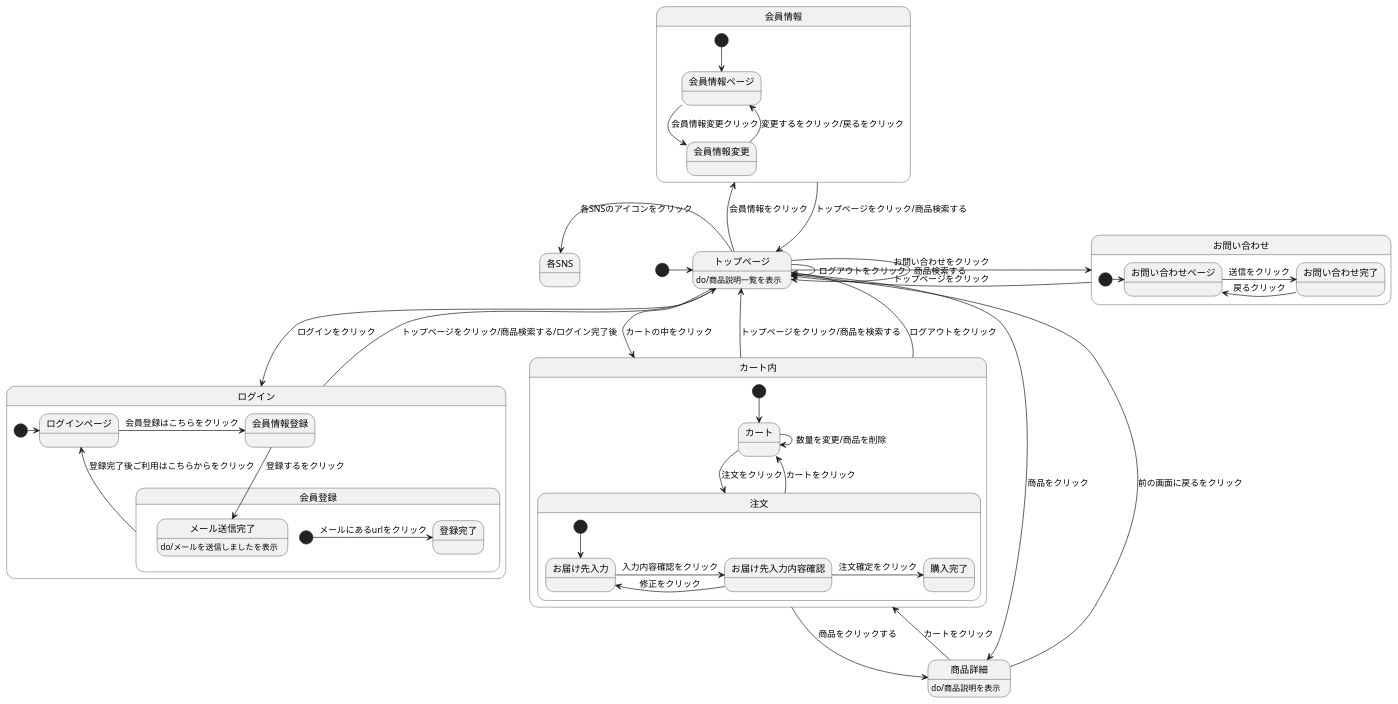
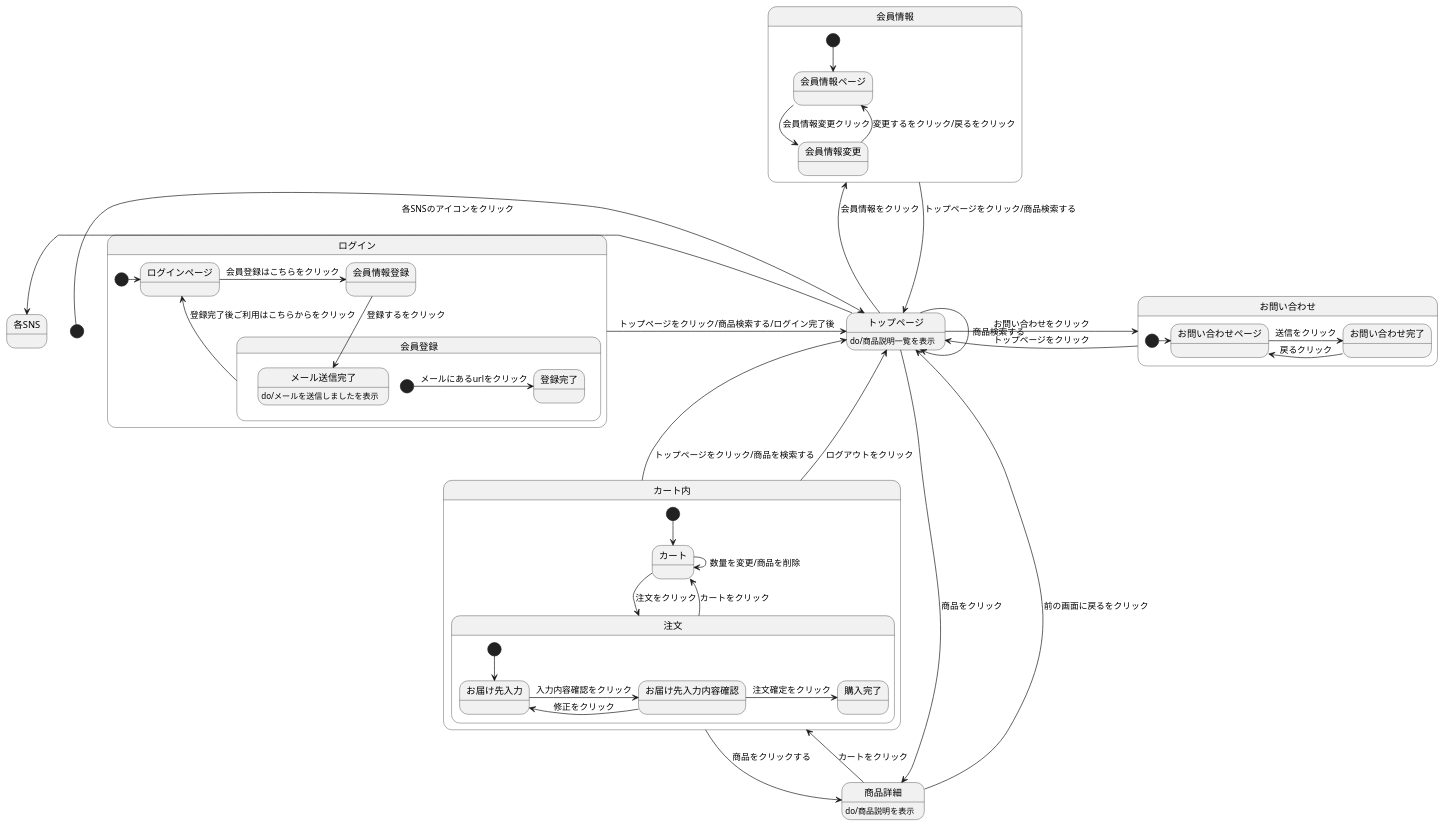
One commit to aso2112233/2021sys-design changed the diagram in ryusyo.md. Above: the diagram before and after it, drawn with PlantUML.

````diff
--- a/ryusyo.md
+++ b/ryusyo.md
@@ -1,84 +1,81 @@
 ```uml
 @startuml
 
 
 
 [*] -> トップページ
-トップページ --> トップページ : ログアウトをクリック
 トップページ --> トップページ : 商品検索する
 トップページ --> 商品詳細 : 商品をクリック
 トップページ -up-> 会員情報 : 会員情報をクリック
-トップページ --> ログイン : ログインをクリック
-トップページ --> カート内 : カートの中をクリック
 トップページ:do/商品説明一覧を表示
 トップページ -left-> 各SNS : 各SNSのアイコンをクリック
 トップページ -> お問い合わせ :お問い合わせをクリック
 
 
 
 state 会員情報{
 [*] --> 会員情報ページ
 会員情報ページ --> 会員情報変更 : 会員情報変更クリック
 会員情報変更 -up-> 会員情報ページ: 変更するをクリック/戻るをクリック
 }
 会員情報 --> トップページ : トップページをクリック/商品検索する
 
 
 
 
 
 商品詳細 --> カート内 : カートをクリック
 商品詳細 --> トップページ : 前の画面に戻るをクリック
 商品詳細:do/商品説明を表示
 
 
 
 state カート内{
 [*] --> カート
 カート -> 注文 : 注文をクリック
 カート -> カート : 数量を変更/商品を削除
 注文 --> カート : カートをクリック
 state 注文{
 [*] --> お届け先入力
 お届け先入力 -> お届け先入力内容確認 : 入力内容確認をクリック
 お届け先入力内容確認 -> お届け先入力 : 修正をクリック
 お届け先入力内容確認 -> 購入完了 : 注文確定をクリック
 }
 }
 カート内 -up-> トップページ : トップページをクリック/商品を検索する
 カート内 -up-> トップページ : ログアウトをクリック
 カート内 -> 商品詳細 : 商品をクリックする
 
 
 
 
 state ログイン{
 [*]->ログインページ
 ログインページ -> 会員情報登録 : 会員登録はこちらをクリック
 state 会員登録{
 会員情報登録 --> メール送信完了 : 登録するをクリック
 メール送信完了 :do/メールを送信しましたを表示
 [*] -> 登録完了 : メールにあるurlをクリック
 会員登録 --> ログインページ : 登録完了後ご利用はこちらからをクリック
 }
 }
 ログイン -> トップページ : トップページをクリック/商品検索する/ログイン完了後
 
 
 
 state お問い合わせ{
 [*] -> お問い合わせページ
 お問い合わせページ -> お問い合わせ完了 :送信をクリック
 お問い合わせ完了 -left-> お問い合わせページ : 戻るクリック
 }
 お問い合わせ -left-> トップページ : トップページをクリック
 
 
 
 
 
 @enduml
 
 
 
 ```
````
